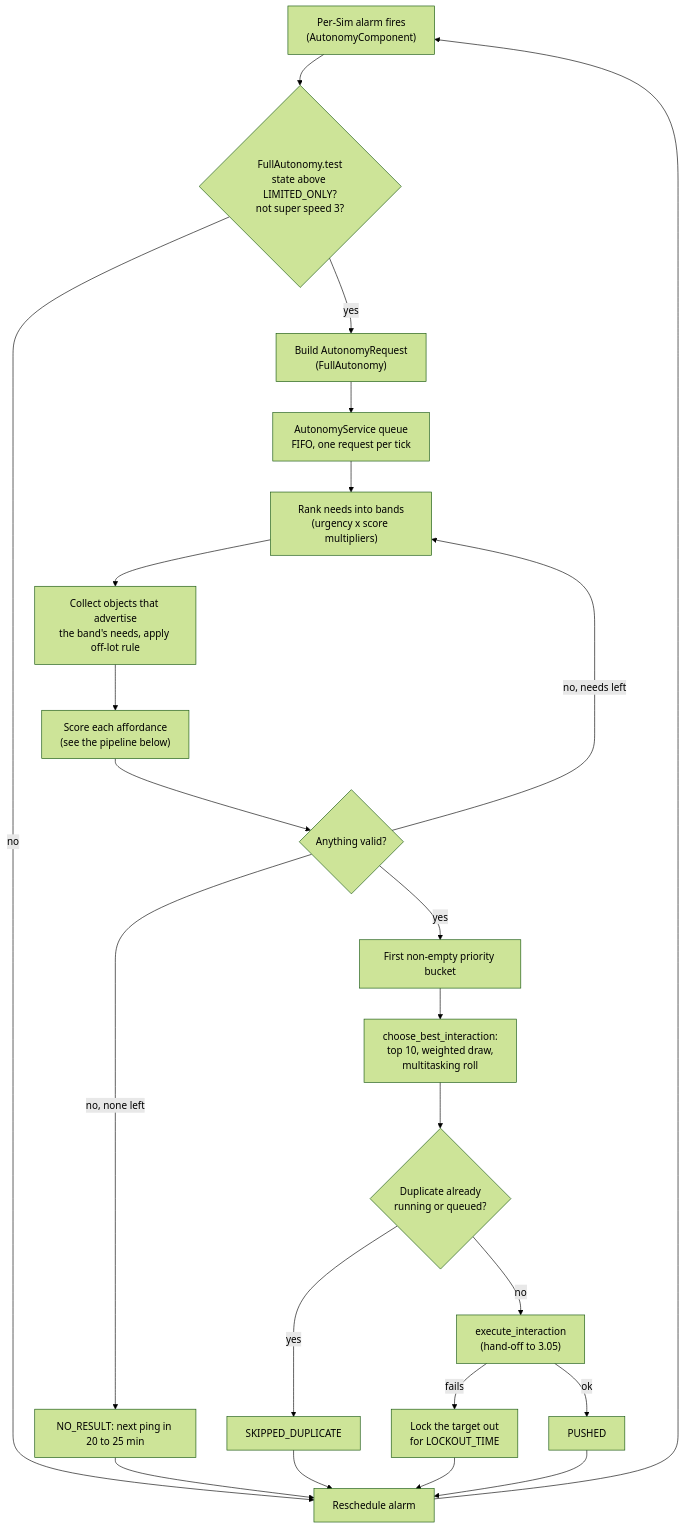
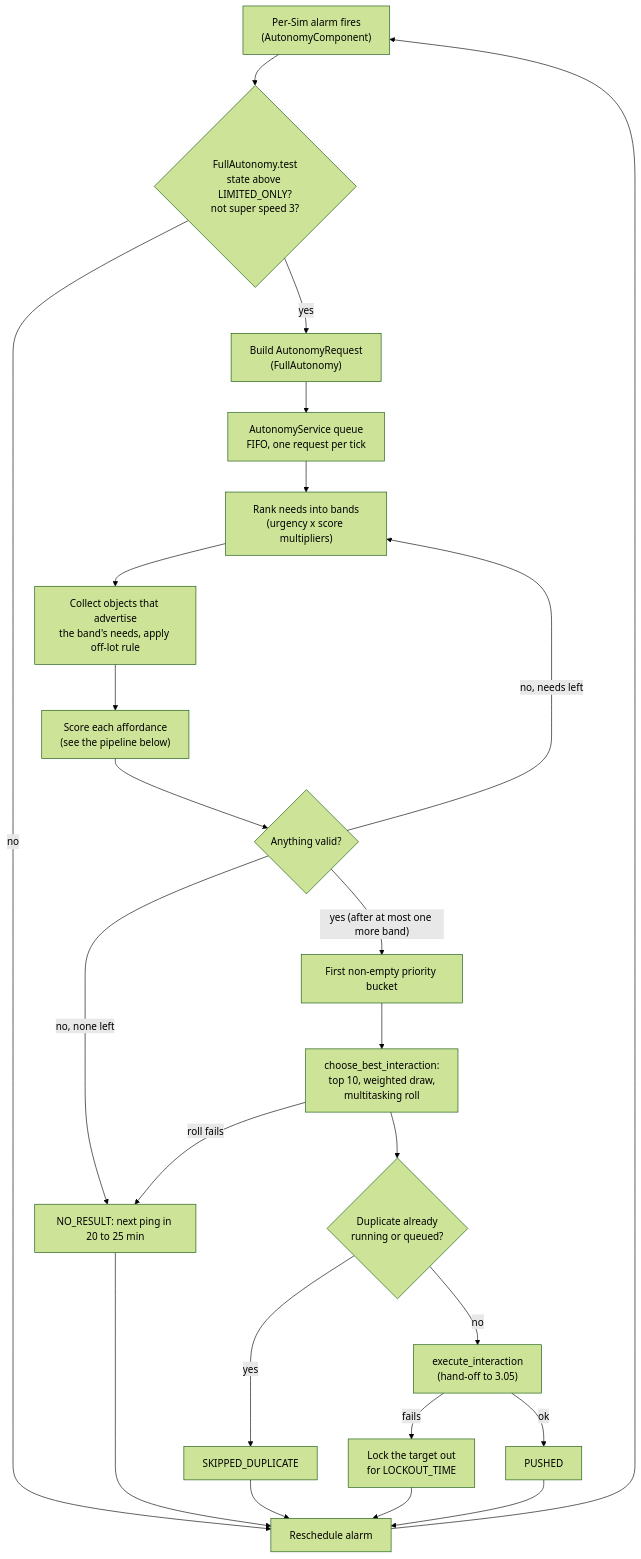
Before and after one commit to sudo-ezekiel/how-the-sims-4-works: the first of 2 diagrams in src/3.04-autonomy.md, drawn with Mermaid (forest theme). The commit also changed other lines of this file and 60 other files, not shown here.

````diff
--- a/src/3.04-autonomy.md
+++ b/src/3.04-autonomy.md
@@ -33,25 +33,26 @@
 ```mermaid
 flowchart TD
     A["Per-Sim alarm fires<br/>(AutonomyComponent)"] --> B{"FullAutonomy.test<br/>state above LIMITED_ONLY?<br/>not super speed 3?"}
     B -- no --> R["Reschedule alarm"]
     B -- yes --> C["Build AutonomyRequest<br/>(FullAutonomy)"]
     C --> D["AutonomyService queue<br/>FIFO, one request per tick"]
     D --> E["Rank needs into bands<br/>(urgency x score multipliers)"]
     E --> F["Collect objects that advertise<br/>the band's needs, apply off-lot rule"]
     F --> G["Score each affordance<br/>(see the pipeline below)"]
     G --> H{"Anything valid?"}
     H -- "no, needs left" --> E
     H -- "no, none left" --> N["NO_RESULT: next ping in 20 to 25 min"]
-    H -- yes --> I["First non-empty priority bucket"]
+    H -- "yes (after at most one more band)" --> I["First non-empty priority bucket"]
     I --> J["choose_best_interaction:<br/>top 10, weighted draw,<br/>multitasking roll"]
+    J -- "roll fails" --> N
     J --> K{"Duplicate already<br/>running or queued?"}
     K -- yes --> S["SKIPPED_DUPLICATE"]
     K -- no --> L["execute_interaction<br/>(hand-off to 3.05)"]
     L -- fails --> M["Lock the target out<br/>for LOCKOUT_TIME"]
     L -- ok --> P["PUSHED"]
     N --> R
     S --> R
     M --> R
     P --> R
     R --> A
 ```
````
